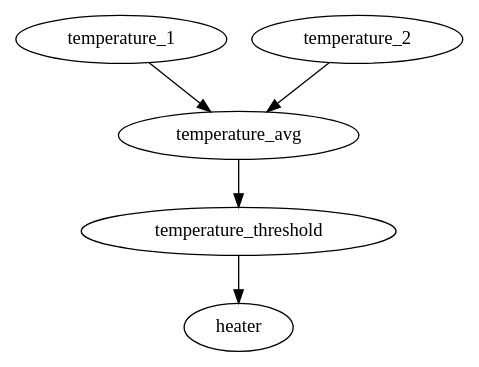
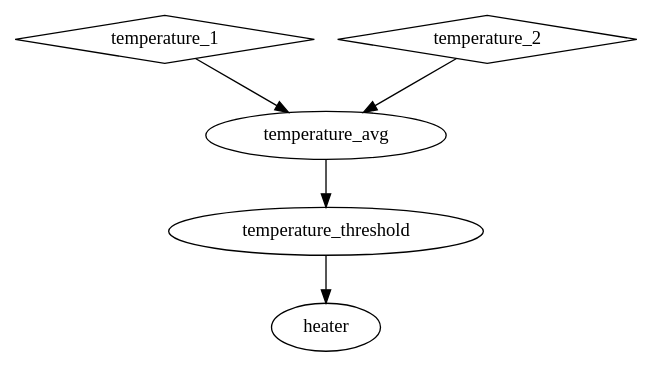
Before and after one commit to akaihola/lusmu: the first of 3 diagrams in docs/examples/home-automation.rst, drawn with Graphviz. The commit also changed other lines of this file and 3 other files, not shown here.

```diff
--- a/docs/examples/home-automation.rst
+++ b/docs/examples/home-automation.rst
@@ -37,8 +38,10 @@
 .. graphviz::
 
    digraph temperature {
-      "temperature_1" -> "temperature_avg";
-      "temperature_2" -> "temperature_avg";
-      "temperature_avg" -> "temperature_threshold";
-      "temperature_threshold" -> "heater";
+      temperature_1 [shape=diamond];
+      temperature_2 [shape=diamond];
+      temperature_1 -> temperature_avg;
+      temperature_2 -> temperature_avg;
+      temperature_avg -> temperature_threshold;
+      temperature_threshold -> heater;
    }
```
